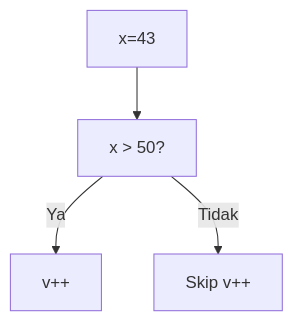
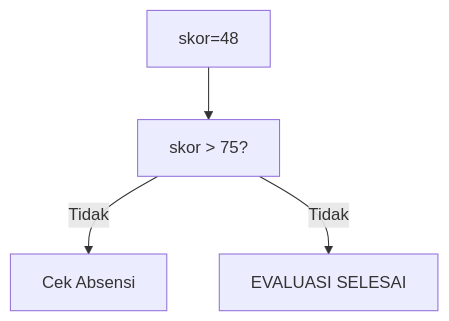
Before and after one commit to amnahwaida/OSNK_INF_PREP: the eighth of 25 diagrams in part-c-pemahaman-cpp/02-percabangan/latihan/set-03.md, drawn with Mermaid. The commit also changed other lines of this file and 71 other files, not shown here.

````diff
--- a/part-c-pemahaman-cpp/02-percabangan/latihan/set-03.md
+++ b/part-c-pemahaman-cpp/02-percabangan/latihan/set-03.md
@@ -219,6 +229,6 @@
 ```mermaid
 graph TD
-A["x=43"] --> B["x > 50?"]
-B -- Ya --> C["v++"]
-B -- Tidak --> D["Skip v++"]
+A["skor=48"] --> B["skor > 75?"]
+B -- Tidak --> C["Cek Absensi"]
+B -- Tidak --> D["EVALUASI SELESAI"]
 ```
````
